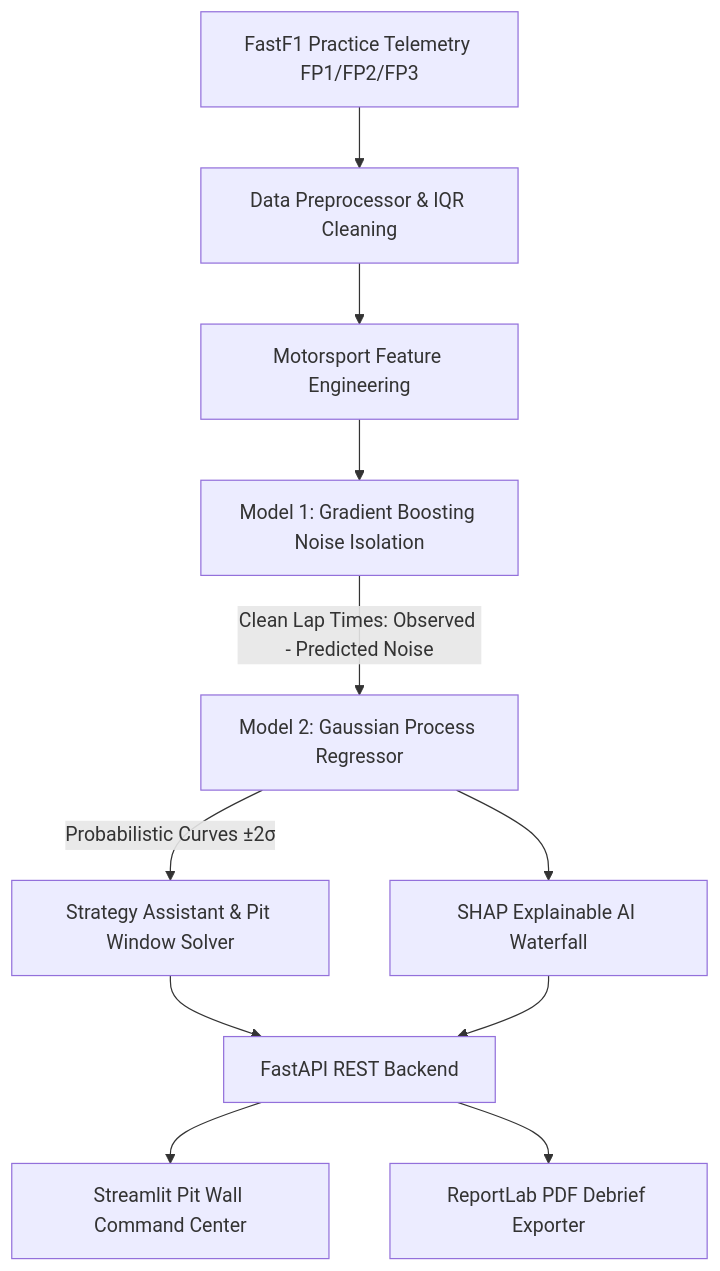
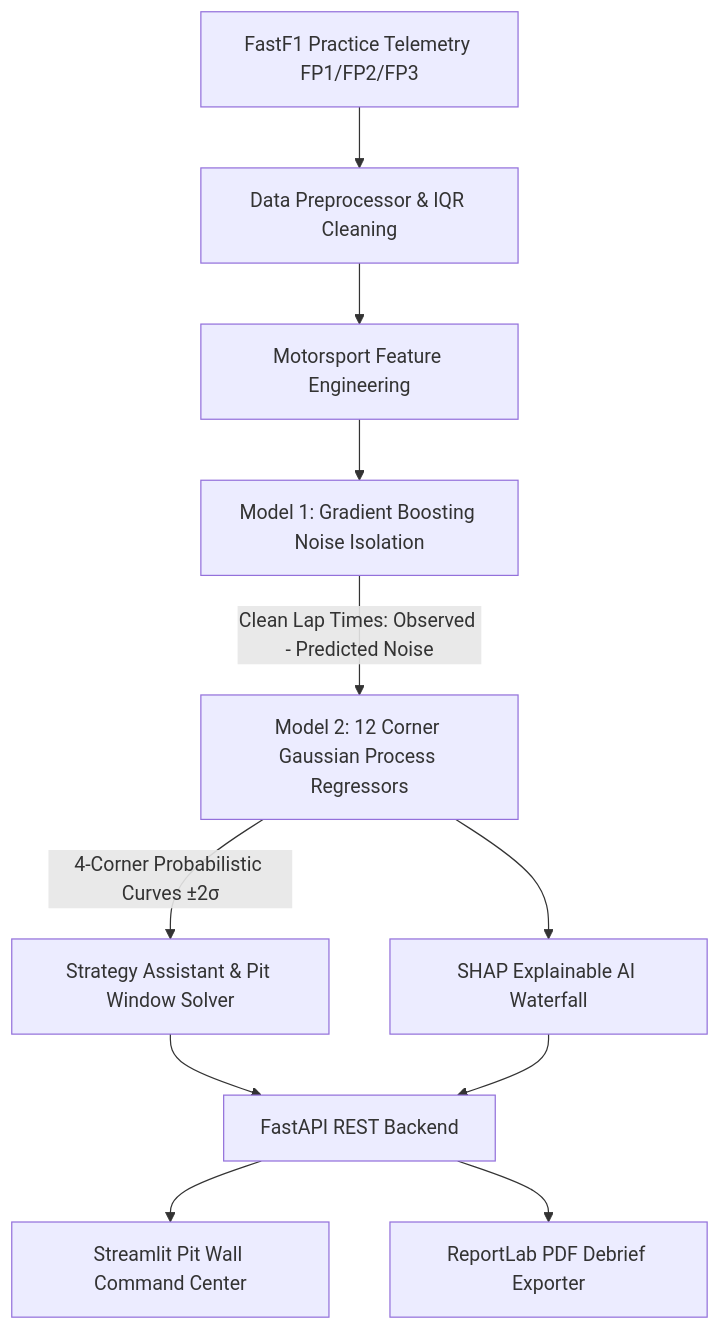
One commit to jagmeet-singhh/TyreTwin changed the diagram in README.md. Above: the diagram before and after it, drawn with Mermaid. The commit also changed other lines of this file, not shown here.

````diff
--- a/README.md
+++ b/README.md
@@ -30,13 +30,13 @@
 ```mermaid
 graph TD
     A[FastF1 Practice Telemetry FP1/FP2/FP3] --> B[Data Preprocessor & IQR Cleaning]
     B --> C[Motorsport Feature Engineering]
     C --> D[Model 1: Gradient Boosting Noise Isolation]
-    D -->|Clean Lap Times: Observed - Predicted Noise| E[Model 2: Gaussian Process Regressor]
-    E -->|Probabilistic Curves ±2σ| F[Strategy Assistant & Pit Window Solver]
+    D -->|Clean Lap Times: Observed - Predicted Noise| E[Model 2: 12 Corner Gaussian Process Regressors]
+    E -->|4-Corner Probabilistic Curves ±2σ| F[Strategy Assistant & Pit Window Solver]
     E --> G[SHAP Explainable AI Waterfall]
     F --> H[FastAPI REST Backend]
     G --> H
     H --> I[Streamlit Pit Wall Command Center]
     H --> J[ReportLab PDF Debrief Exporter]
 ```
````
